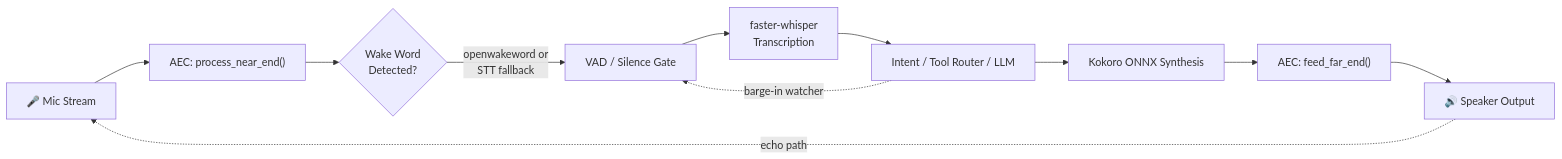
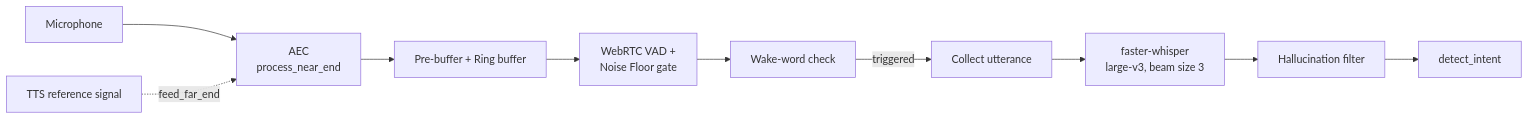
One commit to manvendrasingh0712/SARA-AI-Automation-Powered-Personal-Desktop-Assistant-voice-command- changed the second of 3 diagrams in README.md. Above: the diagram before and after it, drawn with Mermaid. The commit also changed other lines of this file and 3 other files, not shown here.

````diff
--- a/README.md
+++ b/README.md
@@ -187,13 +171,12 @@
 ```mermaid
 flowchart LR
-    A["🎤 Mic Stream"] --> B["AEC: process_near_end()"]
-    B --> C{"Wake Word<br/>Detected?"}
-    C -- "openwakeword or<br/>STT fallback" --> D["VAD / Silence Gate"]
-    D --> E["faster-whisper<br/>Transcription"]
-    E --> F["Intent / Tool Router / LLM"]
-    F --> G["Kokoro ONNX Synthesis"]
-    G --> H["AEC: feed_far_end()"]
-    H --> I["🔊 Speaker Output"]
-    I -.->|echo path| A
-    F -.->|barge-in watcher| D
+    Mic[Microphone] --> AEC[AEC<br/>process_near_end]
+    Ref[TTS reference signal] -.feed_far_end.-> AEC
+    AEC --> Pre[Pre-buffer + Ring buffer]
+    Pre --> VAD[WebRTC VAD +<br/>Noise Floor gate]
+    VAD --> Wake[Wake-word check]
+    Wake -- triggered --> Collect[Collect utterance]
+    Collect --> Whisper[faster-whisper<br/>large-v3, beam size 3]
+    Whisper --> Hallu[Hallucination filter]
+    Hallu --> Intent[detect_intent]
 ```
````
